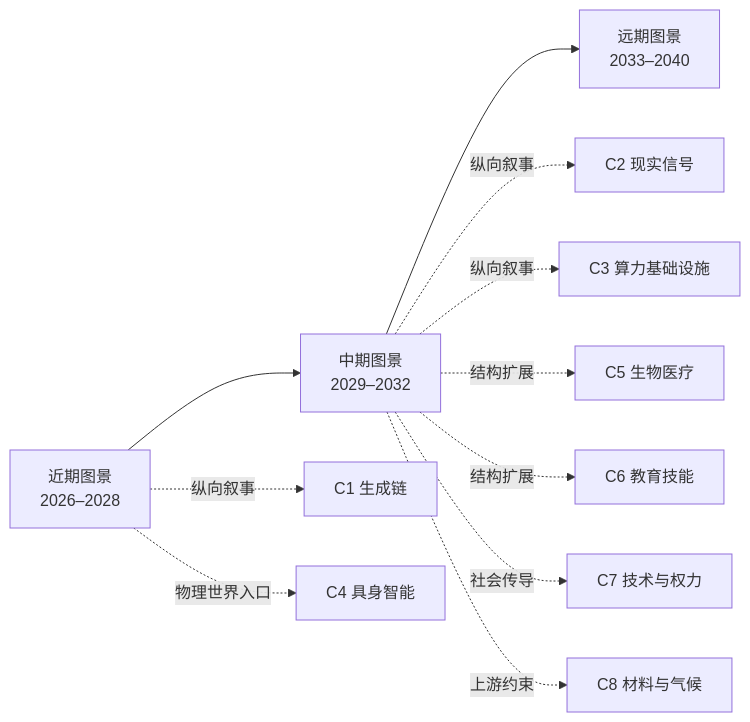
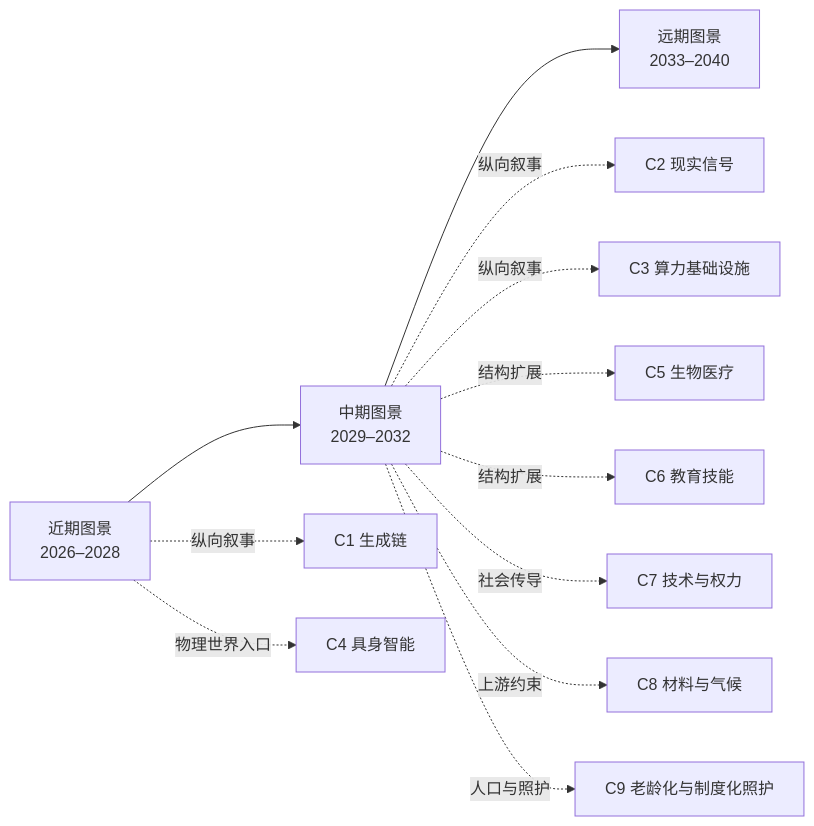
Before and after one commit to SenZhangAI/foresight-by-ai: the diagram in README.md, drawn with Mermaid. The commit also changed other lines of this file and 7 other files, not shown here.

````diff
--- a/README.md
+++ b/README.md
@@ -65,13 +66,14 @@
 ```mermaid
 flowchart LR
   N[近期图景\n2026–2028] --> M[中期图景\n2029–2032]
   M --> F[远期图景\n2033–2040]
   N -.纵向叙事.-> C1[C1 生成链]
   M -.纵向叙事.-> C2[C2 现实信号]
   M -.纵向叙事.-> C3[C3 算力基础设施]
   N -.物理世界入口.-> C4[C4 具身智能]
   M -.结构扩展.-> C5[C5 生物医疗]
   M -.结构扩展.-> C6[C6 教育技能]
   M -.社会传导.-> C7[C7 技术与权力]
   M -.上游约束.-> C8[C8 材料与气候]
+  M -.人口与照护.-> C9[C9 老龄化与制度化照护]
 ```
````
